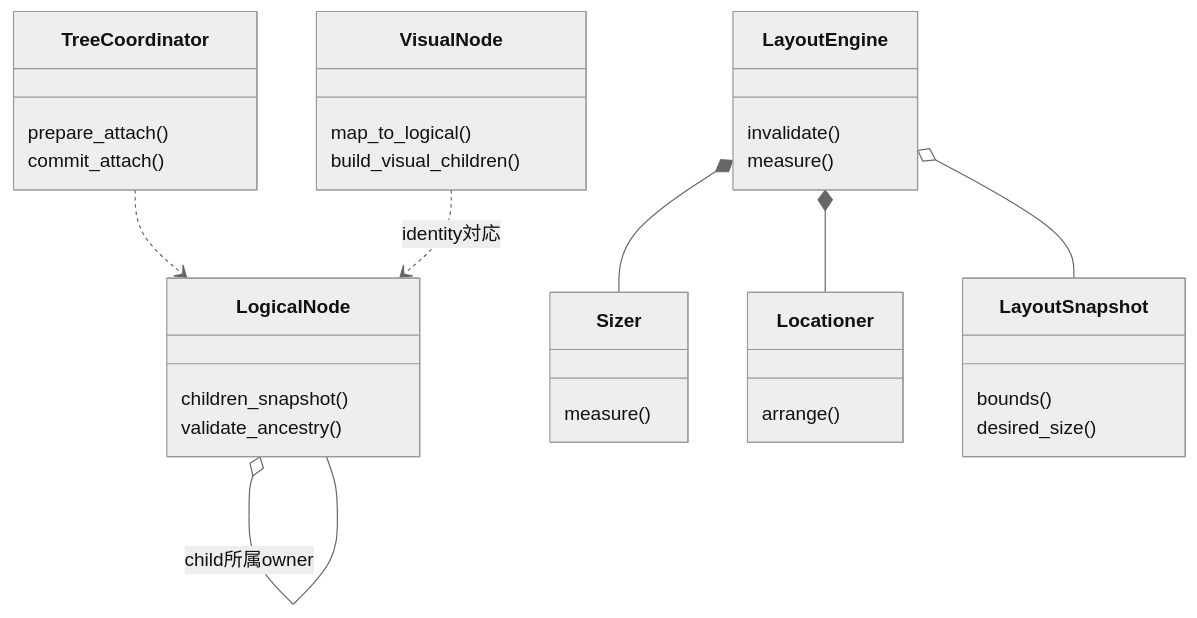
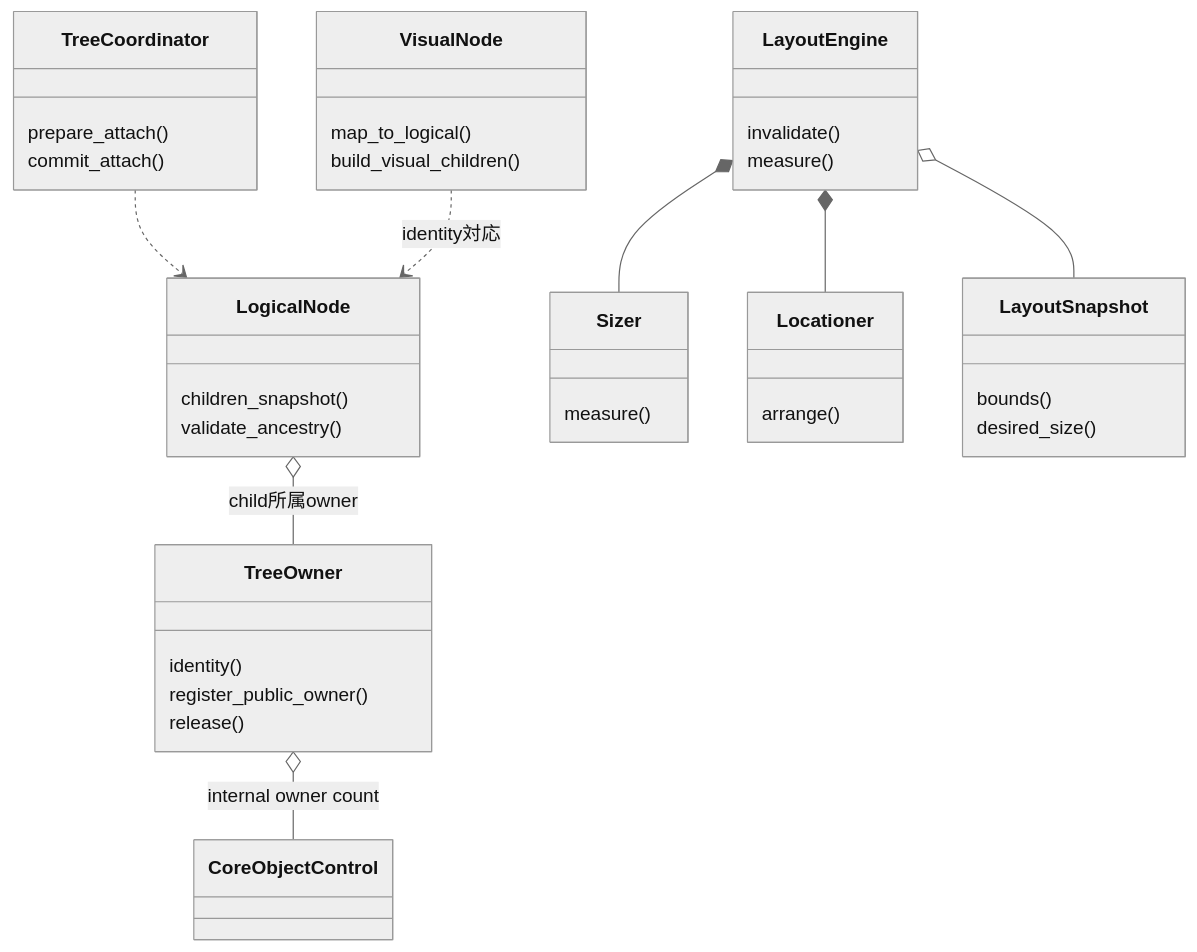
The fifth of 5 diagrams in .docs/13_detail_design/ui/tree-layout.md (edamame-edame/freemvvm), drawn with Mermaid (neutral theme) before and after one commit. The commit also changed other lines of this file and 3 other files, not shown here.

````diff
--- a/.docs/13_detail_design/ui/tree-layout.md
+++ b/.docs/13_detail_design/ui/tree-layout.md
@@ -275,36 +280,42 @@
 ```mermaid
 classDiagram
     direction TB
     class TreeCoordinator {
         prepare_attach()
         commit_attach()
+    }
+    class TreeOwner {
+        identity()
+        register_public_owner()
+        release()
     }
     class LogicalNode {
         children_snapshot()
         validate_ancestry()
     }
     class VisualNode {
         map_to_logical()
         build_visual_children()
     }
     class LayoutEngine {
         invalidate()
         measure()
     }
     class Sizer {
         measure()
     }
     class Locationer {
         arrange()
     }
     class LayoutSnapshot {
         bounds()
         desired_size()
     }
     TreeCoordinator ..> LogicalNode
-    LogicalNode o-- LogicalNode : child所属owner
+    LogicalNode o-- TreeOwner : child所属owner
+    TreeOwner o-- CoreObjectControl : internal owner count
     VisualNode ..> LogicalNode : identity対応
     LayoutEngine *-- Sizer
     LayoutEngine *-- Locationer
     LayoutEngine o-- LayoutSnapshot
 ```
````
